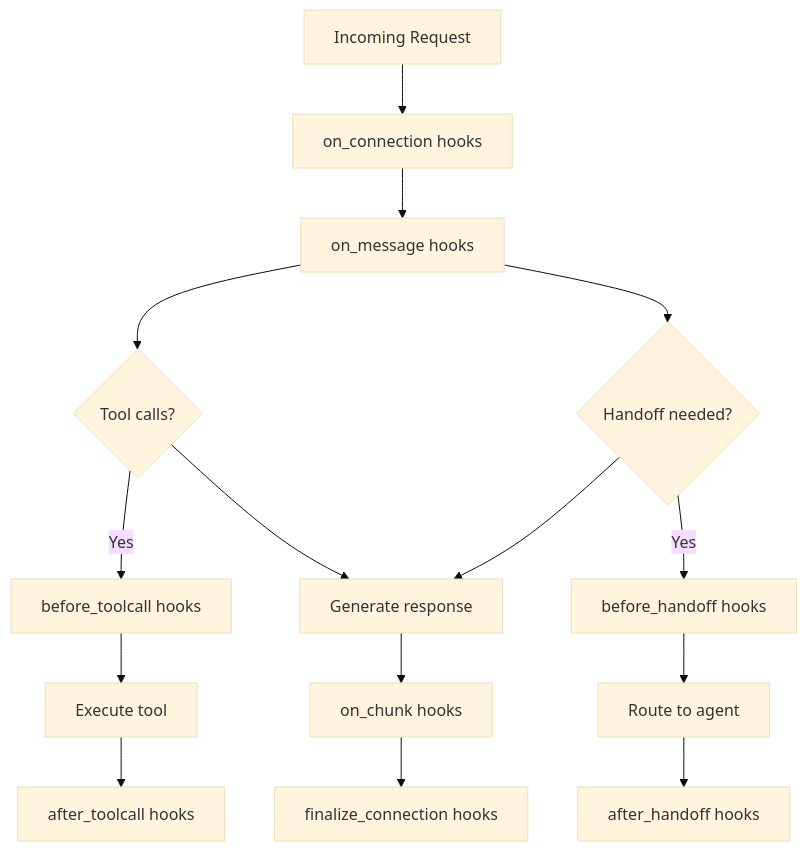
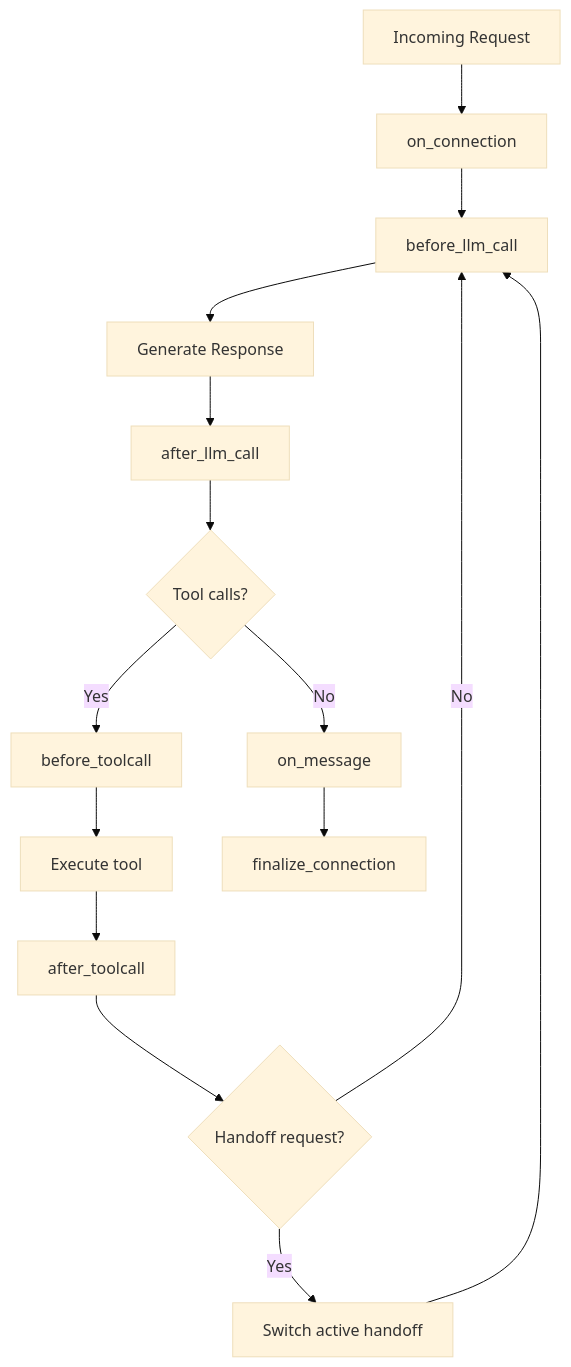
One commit to robutlerai/webagents changed the diagram in docs/agent/lifecycle.md. Above: the diagram before and after it, drawn with Mermaid (base theme). The commit also changed other lines of this file and 61 other files, not shown here.

````diff
--- a/docs/agent/lifecycle.md
+++ b/docs/agent/lifecycle.md
@@ -10,19 +10,17 @@
 ```mermaid
 graph TD
-    Request["Incoming Request"] --> Connection["on_connection hooks"]
-    Connection --> Message["on_message hooks"]
-    Message --> Tools{"Tool calls?"}
-    Tools -->|Yes| BeforeTool["before_toolcall hooks"]
+    Request["Incoming Request"] --> Connection["on_connection"]
+    Connection --> BeforeLLM["before_llm_call"]
+    BeforeLLM --> LLM["Generate Response"]
+    LLM --> AfterLLM["after_llm_call"]
+    AfterLLM --> ToolCheck{"Tool calls?"}
+    ToolCheck -->|Yes| BeforeTool["before_toolcall"]
     BeforeTool --> Execute["Execute tool"]
-    Execute --> AfterTool["after_toolcall hooks"]
-    
-    Message --> Handoff{"Handoff needed?"}
-    Handoff -->|Yes| BeforeHandoff["before_handoff hooks"]
-    BeforeHandoff --> RouteAgent["Route to agent"]
-    RouteAgent --> AfterHandoff["after_handoff hooks"]
-    
-    Tools --> Response["Generate response"]
-    Handoff --> Response
-    Response --> Chunks["on_chunk hooks"]
-    Chunks --> Finalize["finalize_connection hooks"]
+    Execute --> AfterTool["after_toolcall"]
+    AfterTool --> IsHandoff{"Handoff request?"}
+    IsHandoff -->|Yes| SwitchHandoff["Switch active handoff"]
+    SwitchHandoff --> BeforeLLM
+    IsHandoff -->|No| BeforeLLM
+    ToolCheck -->|No| OnMessage["on_message"]
+    OnMessage --> Finalize["finalize_connection"]
 ```
````
